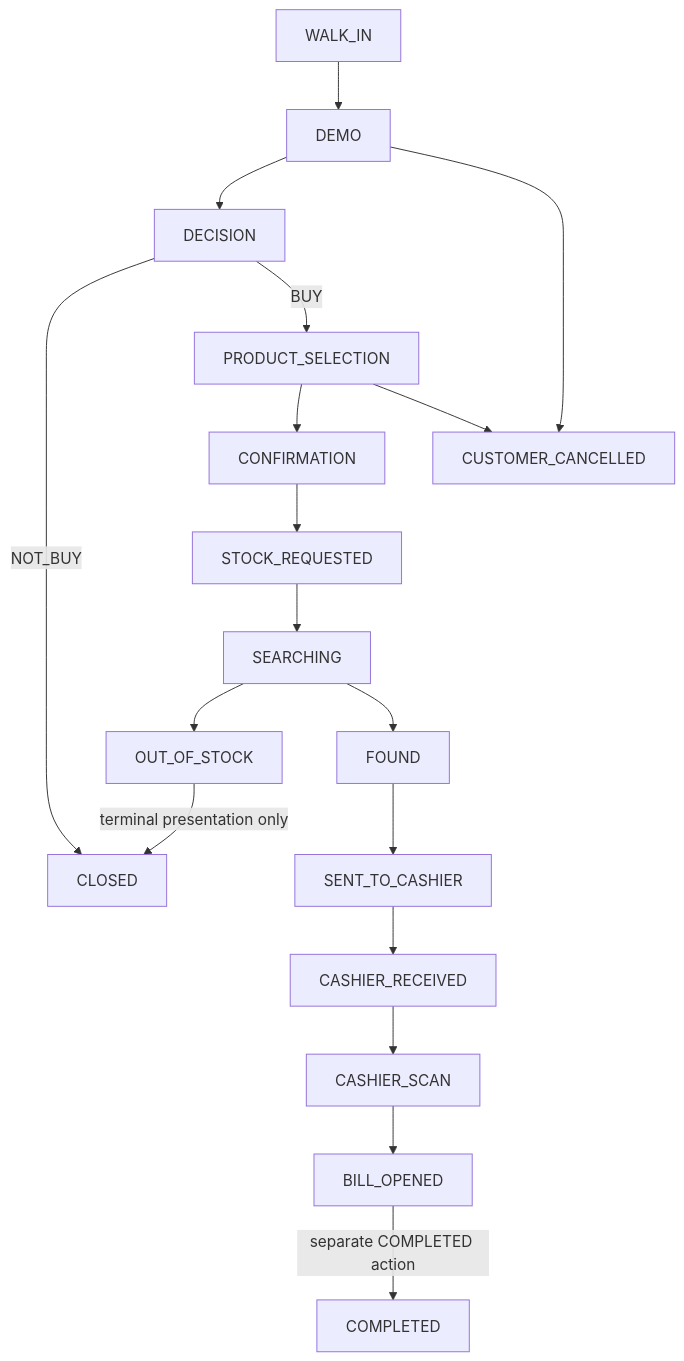
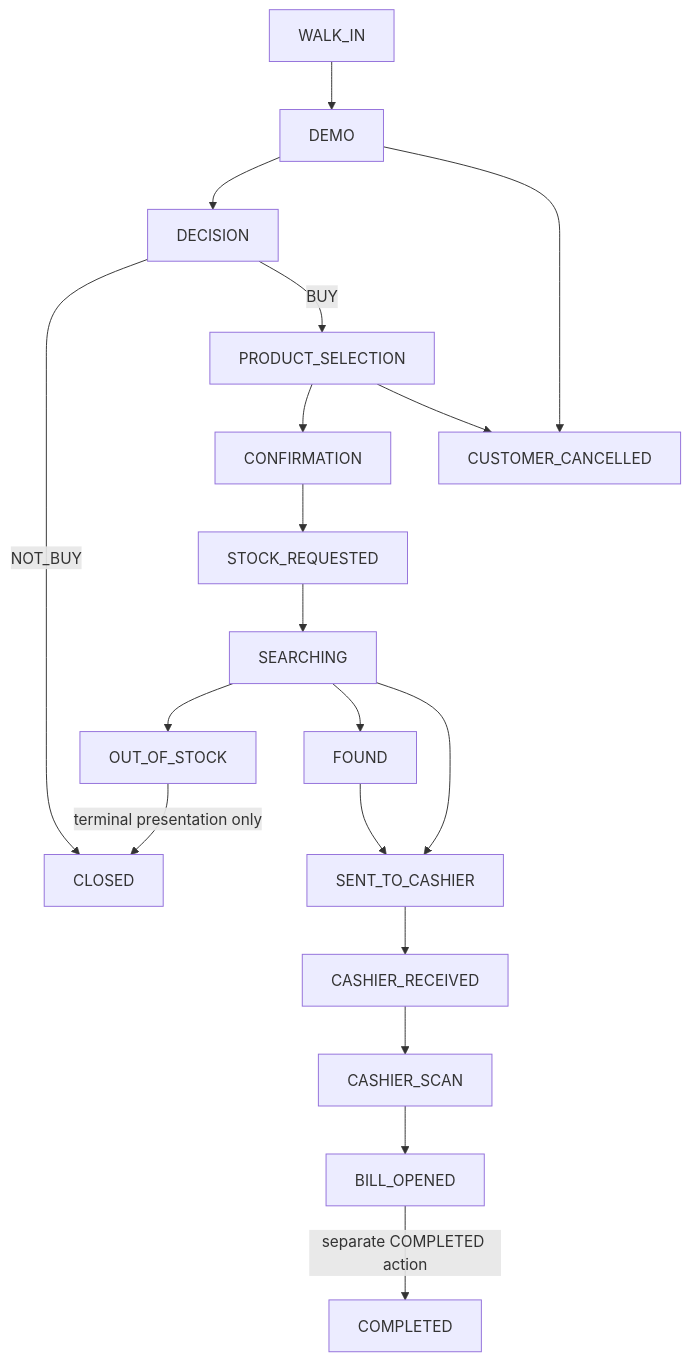
One commit to infouficon/service-efficiency changed the diagram in docs/state-machine.md. Above: the diagram before and after it, drawn with Mermaid. The commit also changed 19 other files, not shown here.

````diff
--- a/docs/state-machine.md
+++ b/docs/state-machine.md
@@ -7,20 +7,21 @@
 ```mermaid
 flowchart TD
   WALK_IN --> DEMO
   DEMO --> DECISION
   DECISION -->|NOT_BUY| CLOSED
   DECISION -->|BUY| PRODUCT_SELECTION
   PRODUCT_SELECTION --> CONFIRMATION
   CONFIRMATION --> STOCK_REQUESTED
   STOCK_REQUESTED --> SEARCHING
   SEARCHING --> OUT_OF_STOCK
   OUT_OF_STOCK -->|terminal presentation only| CLOSED
   SEARCHING --> FOUND
+  SEARCHING --> SENT_TO_CASHIER
   FOUND --> SENT_TO_CASHIER
   SENT_TO_CASHIER --> CASHIER_RECEIVED
   CASHIER_RECEIVED --> CASHIER_SCAN
   CASHIER_SCAN --> BILL_OPENED
   BILL_OPENED -->|separate COMPLETED action| COMPLETED
   DEMO --> CUSTOMER_CANCELLED
   PRODUCT_SELECTION --> CUSTOMER_CANCELLED
 ```
````
